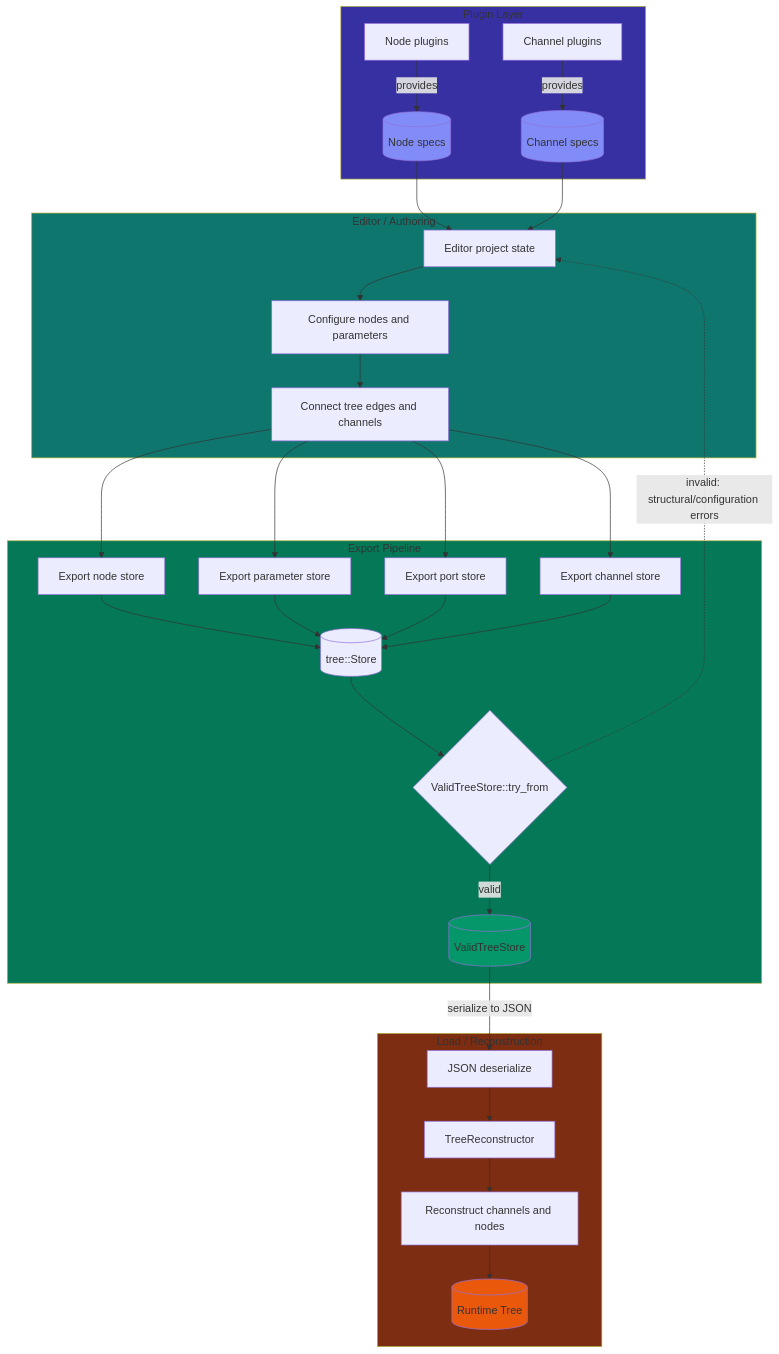
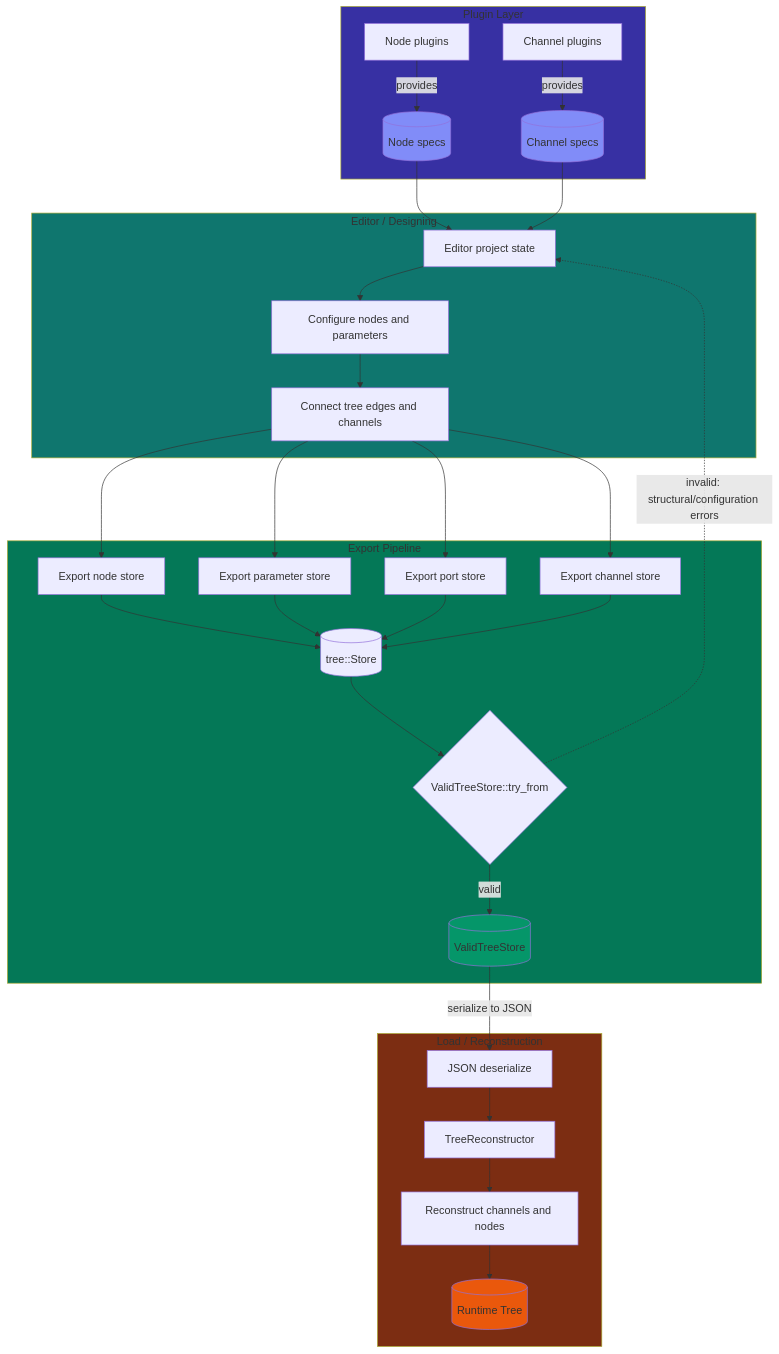
One commit to skullim/beetry changed the diagram in book/src/editor/exporting.md. Above: the diagram before and after it, drawn with Mermaid. The commit also changed 8 other files, not shown here.

````diff
--- a/book/src/editor/exporting.md
+++ b/book/src/editor/exporting.md
@@ -3,68 +3,68 @@
 ```mermaid
 flowchart TD
     subgraph PluginLayer["Plugin Layer"]
         NP[Node plugins]
         CP[Channel plugins]
         NS[(Node specs)]
         CS[(Channel specs)]
     end
 
-    subgraph EditorLayer["Editor / Authoring"]
+    subgraph EditorLayer["Editor / Designing"]
         E[Editor project state]
         N[Configure nodes and parameters]
         C[Connect tree edges and channels]
     end
 
     subgraph ExportLayer["Export Pipeline"]
         EN[Export node store]
         EP[Export parameter store]
         EO[Export port store]
         EC[Export channel store]
         TS[(tree::Store)]
         VT{ValidTreeStore::try_from}
         OK[(ValidTreeStore)]
     end
 
     subgraph RuntimeLayer["Load / Reconstruction"]
         JD[JSON deserialize]
         TR[TreeReconstructor]
         RC[Reconstruct channels and nodes]
         RT[(Runtime Tree)]
     end
 
     NP -->|provides| NS
     CP -->|provides| CS
     NS --> E
     CS --> E
 
     E --> N
     N --> C
 
     C --> EN
     C --> EP
     C --> EO
     C --> EC
 
     EN --> TS
     EP --> TS
     EO --> TS
     EC --> TS
 
     TS --> VT
     VT -->|valid| OK
     VT -.->|invalid: structural/configuration errors| E
 
     OK -->|serialize to JSON| JD
     JD --> TR
     TR --> RC
     RC --> RT
 
     style PluginLayer fill:#3730a3
     style EditorLayer fill:#0f766e
     style ExportLayer fill:#047857
     style RuntimeLayer fill:#7c2d12
     style NS fill:#818cf8
     style CS fill:#818cf8
     style OK fill:#059669
     style RT fill:#ea580c
 ```
````
